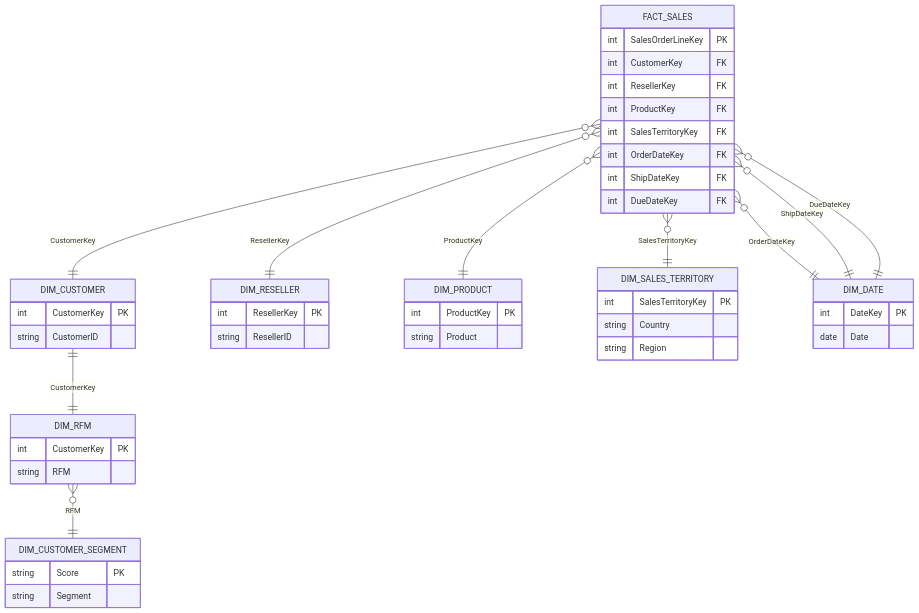
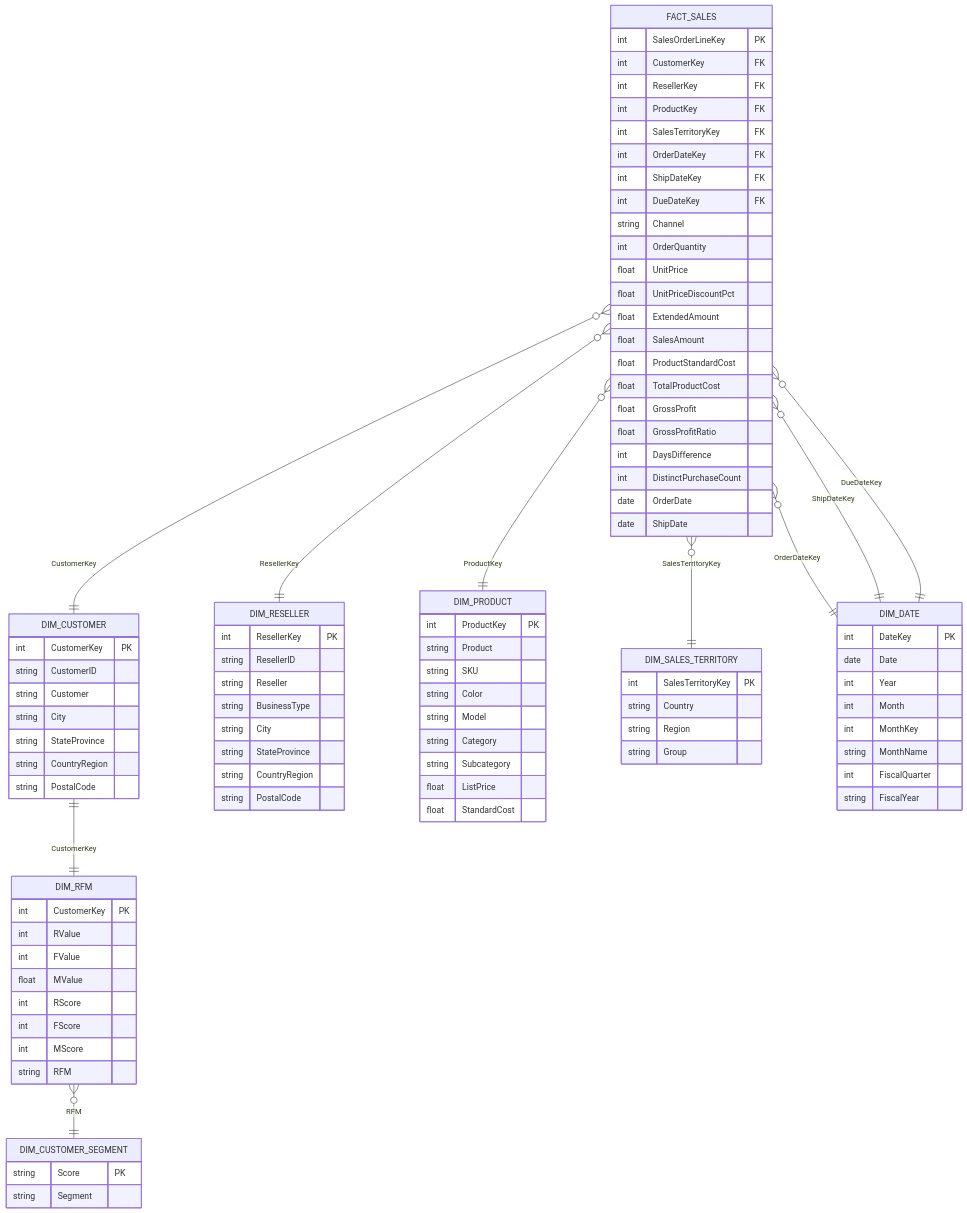
Before and after one commit to helloworld0622/Fictional-Bike-Sales-Company-Analytics-Dashboard: the diagram in README.md, drawn with Mermaid.

````diff
--- a/README.md
+++ b/README.md
@@ -120,44 +120,91 @@
 ```mermaid
 erDiagram
+
     FACT_SALES {
-        int SalesOrderLineKey PK
-        int CustomerKey FK
-        int ResellerKey FK
-        int ProductKey FK
-        int SalesTerritoryKey FK
-        int OrderDateKey FK
-        int ShipDateKey FK
-        int DueDateKey FK
+        int    SalesOrderLineKey PK
+        int    CustomerKey FK
+        int    ResellerKey FK
+        int    ProductKey FK
+        int    SalesTerritoryKey FK
+        int    OrderDateKey FK
+        int    ShipDateKey FK
+        int    DueDateKey FK
+
+        string Channel
+        int    OrderQuantity
+        float  UnitPrice
+        float  UnitPriceDiscountPct
+        float  ExtendedAmount
+        float  SalesAmount
+        float  ProductStandardCost
+        float  TotalProductCost
+        float  GrossProfit
+        float  GrossProfitRatio
+        int    DaysDifference
+        int    DistinctPurchaseCount
+        date   OrderDate
+        date   ShipDate
     }
 
     DIM_CUSTOMER {
-        int CustomerKey PK
+        int    CustomerKey PK
         string CustomerID
+        string Customer
+        string City
+        string StateProvince
+        string CountryRegion
+        string PostalCode
     }
 
     DIM_RESELLER {
-        int ResellerKey PK
+        int    ResellerKey PK
         string ResellerID
+        string Reseller
+        string BusinessType
+        string City
+        string StateProvince
+        string CountryRegion
+        string PostalCode
     }
 
     DIM_PRODUCT {
-        int ProductKey PK
+        int    ProductKey PK
         string Product
+        string SKU
+        string Color
+        string Model
+        string Category
+        string Subcategory
+        float  ListPrice
+        float  StandardCost
     }
 
     DIM_SALES_TERRITORY {
-        int SalesTerritoryKey PK
+        int    SalesTerritoryKey PK
         string Country
         string Region
+        string Group
     }
 
     DIM_DATE {
-        int DateKey PK
-        date Date
+        int    DateKey PK
+        date   Date
+        int    Year
+        int    Month
+        int    MonthKey
+        string MonthName
+        int    FiscalQuarter
+        string FiscalYear
     }
 
     DIM_RFM {
-        int CustomerKey PK
+        int    CustomerKey PK
+        int    RValue
+        int    FValue
+        float  MValue
+        int    RScore
+        int    FScore
+        int    MScore
         string RFM
     }
 
@@ -166,6 +213,7 @@
         string Segment
     }
 
+    %% Core star schema relationships
     FACT_SALES }o--|| DIM_CUSTOMER : CustomerKey
     FACT_SALES }o--|| DIM_RESELLER : ResellerKey
     FACT_SALES }o--|| DIM_PRODUCT : ProductKey
@@ -174,6 +222,7 @@
     FACT_SALES }o--|| DIM_DATE : ShipDateKey
     FACT_SALES }o--|| DIM_DATE : DueDateKey
 
+    %% Analytical extensions
     DIM_CUSTOMER ||--|| DIM_RFM : CustomerKey
     DIM_RFM }o--|| DIM_CUSTOMER_SEGMENT : RFM
 ```
````
